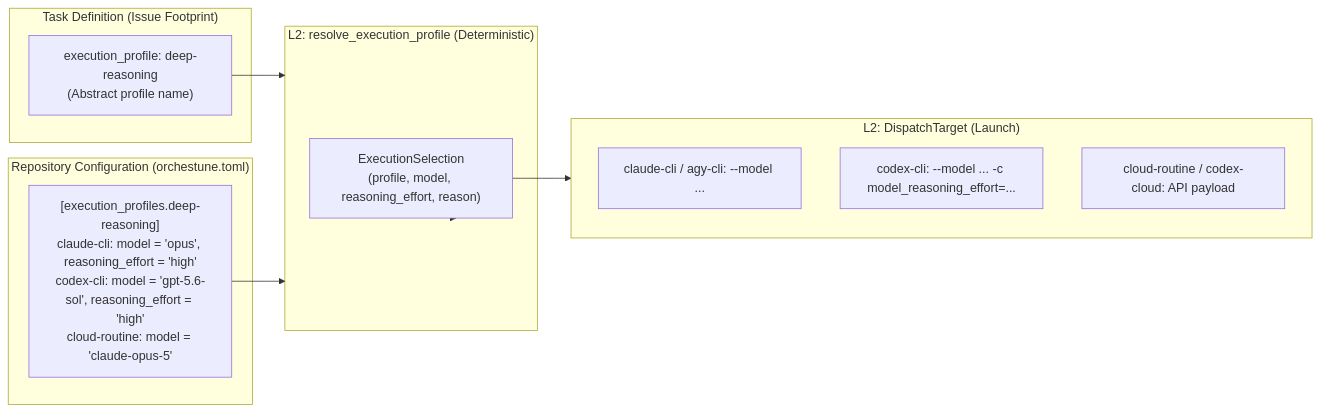
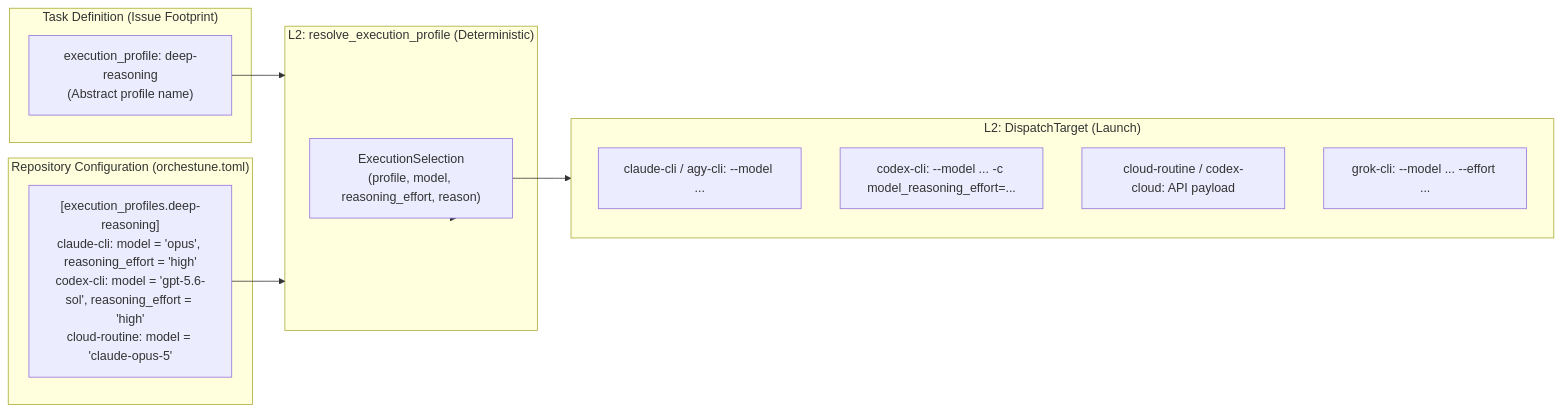
Before and after one commit to Saltmu/orchestune: the second of 2 diagrams in docs/en/architecture/dag-and-scheduling.md, drawn with Mermaid. The commit also changed other lines of this file and 35 other files, not shown here.

First line of the commit message:
feat: Grok CLI をローカル実行先・スキル配置先としてサポートする

````diff
--- a/docs/en/architecture/dag-and-scheduling.md
+++ b/docs/en/architecture/dag-and-scheduling.md
@@ -77,25 +77,26 @@
 ```mermaid
 graph LR
     subgraph Plan ["Task Definition (Issue Footprint)"]
         EP["execution_profile: deep-reasoning<br/>(Abstract profile name)"]
     end
 
     subgraph Config ["Repository Configuration (orchestune.toml)"]
         CFG["[execution_profiles.deep-reasoning]<br/>claude-cli: model = 'opus', reasoning_effort = 'high'<br/>codex-cli: model = 'gpt-5.6-sol', reasoning_effort = 'high'<br/>cloud-routine: model = 'claude-opus-5'"]
     end
 
     subgraph Resolver ["L2: resolve_execution_profile (Deterministic)"]
         RES["ExecutionSelection<br/>(profile, model, reasoning_effort, reason)"]
     end
 
     subgraph Target ["L2: DispatchTarget (Launch)"]
         T1["claude-cli / agy-cli: --model ..."]
         T2["codex-cli: --model ... -c model_reasoning_effort=..."]
         T3["cloud-routine / codex-cloud: API payload"]
+        T4["grok-cli: --model ... --effort ..."]
     end
 
     EP --> Resolver
     CFG --> Resolver
     Resolver --> RES
     RES --> Target
 ```
````
